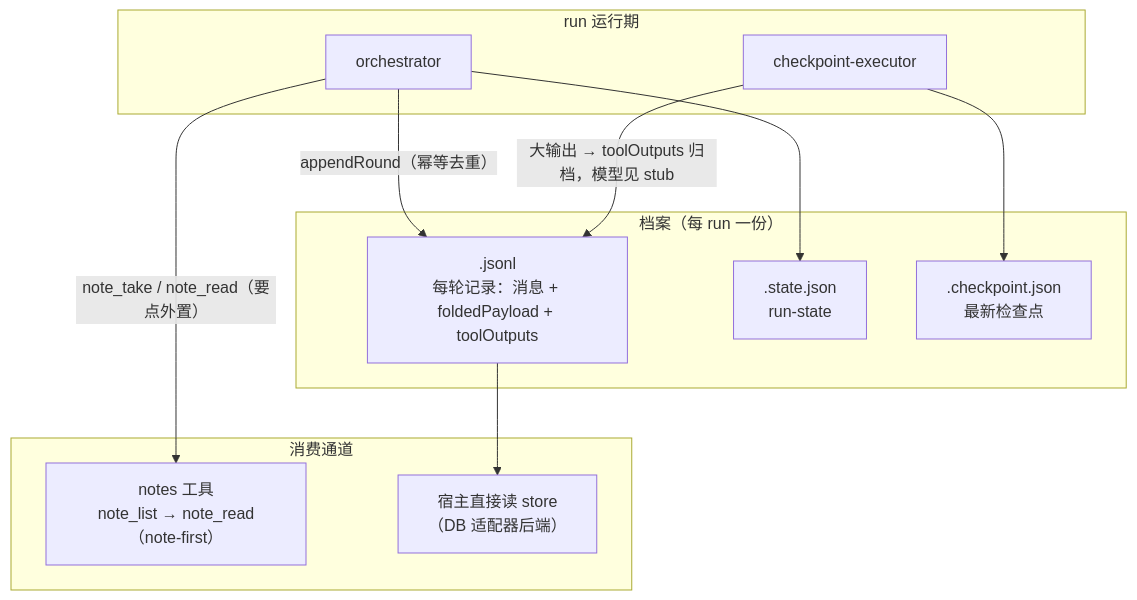
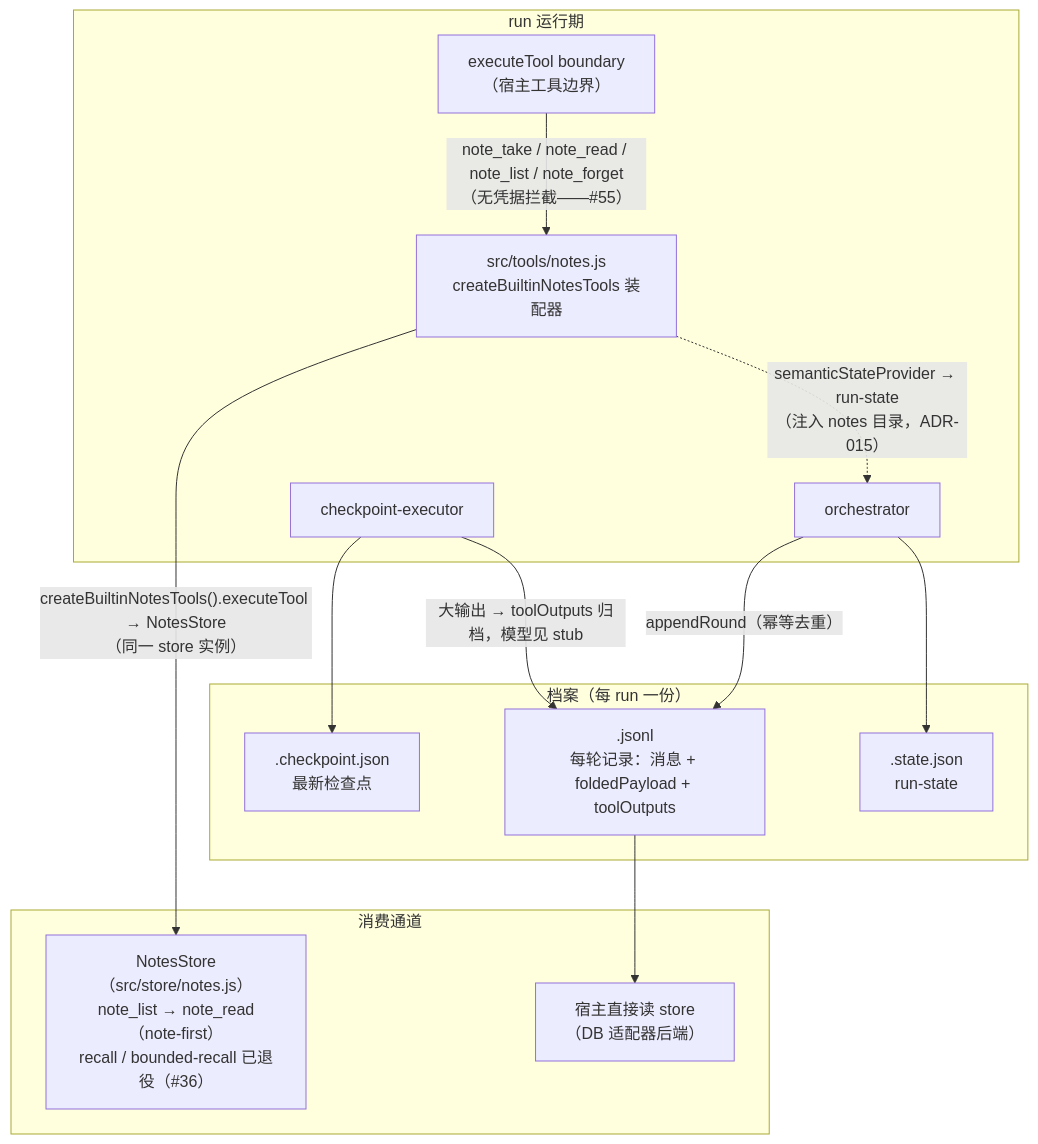
One commit to ErixWong/erix-agent changed the fifth of 5 diagrams in docs/charts_cn.md. Above: the diagram before and after it, drawn with Mermaid. The commit also changed other lines of this file and 3 other files, not shown here.

Commit message:
docs: charts 五图与实际架构对齐 (#57)

````diff
--- a/docs/charts_cn.md
+++ b/docs/charts_cn.md
@@ -359,25 +397,29 @@
 ```mermaid
 flowchart TB
     subgraph run["run 运行期"]
         ORC2["orchestrator"]
         CPE2["checkpoint-executor"]
+        EXB["executeTool boundary<br/>（宿主工具边界）"]
+        NASS["src/tools/notes.js<br/>createBuiltinNotesTools 装配器"]
     end
 
     subgraph archive["档案（每 run 一份）"]
         JSONL["<runId>.jsonl<br/>每轮记录：消息 + foldedPayload + toolOutputs"]
         ST["<runId>.state.json<br/>run-state"]
         CK["<runId>.checkpoint.json<br/>最新检查点"]
     end
 
     subgraph surfaces["消费通道"]
-        NOTES["notes 工具<br/>note_list → note_read（note-first）"]
+        NOTES["NotesStore（src/store/notes.js）<br/>note_list → note_read（note-first）<br/>recall / bounded-recall 已退役（#36）"]
         HOST2["宿主直接读 store<br/>（DB 适配器后端）"]
     end
 
     ORC2 -- "appendRound（幂等去重）" --> JSONL
-    ORC2 -- "note_take / note_read（要点外置）" --> NOTES
     ORC2 --> ST
     CPE2 --> CK
     CPE2 -- "大输出 → toolOutputs 归档，模型见 stub" --> JSONL
+    EXB -- "note_take / note_read / note_list / note_forget<br/>（无凭据拦截——#55）" --> NASS
+    NASS -- "createBuiltinNotesTools().executeTool → NotesStore<br/>（同一 store 实例）" --> NOTES
+    NASS -. "semanticStateProvider → run-state<br/>（注入 notes 目录，ADR-015）" .-> ORC2
     JSONL --> HOST2
 ```
````
